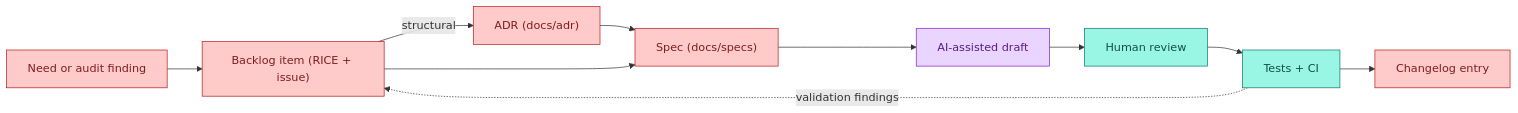
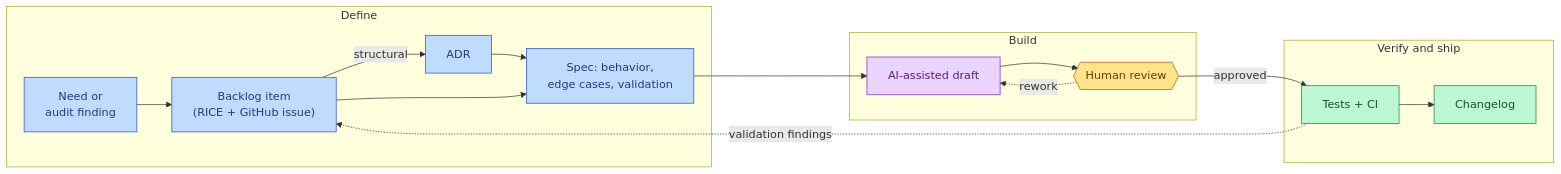
One commit to ggustin93/agentic-lab-analyzer changed the second of 2 diagrams in README.md. Above: the diagram before and after it, drawn with Mermaid. The commit also changed 1 other file, not shown here.

Commit message:
docs: semantic colors, phase frames and labeled edges on the delivery pipeline diagram

````diff
--- a/README.md
+++ b/README.md
@@ -116,19 +116,28 @@
 ```mermaid
 flowchart LR
-    A["Need or audit finding"] --> B["Backlog item (RICE + issue)"]
-    B -->|structural| C["ADR (docs/adr)"]
-    C --> D["Spec (docs/specs)"]
-    B --> D
-    D --> E["AI-assisted draft"]
-    E --> F["Human review"]
-    F --> G["Tests + CI"]
-    G --> H["Changelog entry"]
+    subgraph DEF["Define"]
+        A["Need or<br/>audit finding"] --> B["Backlog item<br/>(RICE + GitHub issue)"]
+        B -->|structural| C["ADR"]
+        C --> D["Spec: behavior,<br/>edge cases, validation"]
+        B --> D
+    end
+    subgraph BUILD["Build"]
+        E["AI-assisted draft"] --> F{{"Human review"}}
+    end
+    subgraph SHIP["Verify and ship"]
+        G["Tests + CI"] --> H["Changelog"]
+    end
+    D --> E
+    F -->|approved| G
+    F -.->|rework| E
     G -.->|validation findings| B
 
-    classDef product fill:#fecaca,stroke:#b91c1c,color:#7f1d1d
+    classDef product fill:#bfdbfe,stroke:#1d4ed8,color:#1e3a8a
     classDef ai fill:#e9d5ff,stroke:#7e22ce,color:#581c87
-    classDef eng fill:#99f6e4,stroke:#0f766e,color:#134e4a
-    class A,B,C,D,H product
+    classDef human fill:#fde68a,stroke:#b45309,color:#78350f
+    classDef ship fill:#bbf7d0,stroke:#15803d,color:#14532d
+    class A,B,C,D product
     class E ai
-    class F,G eng
+    class F human
+    class G,H ship
 ```
````
